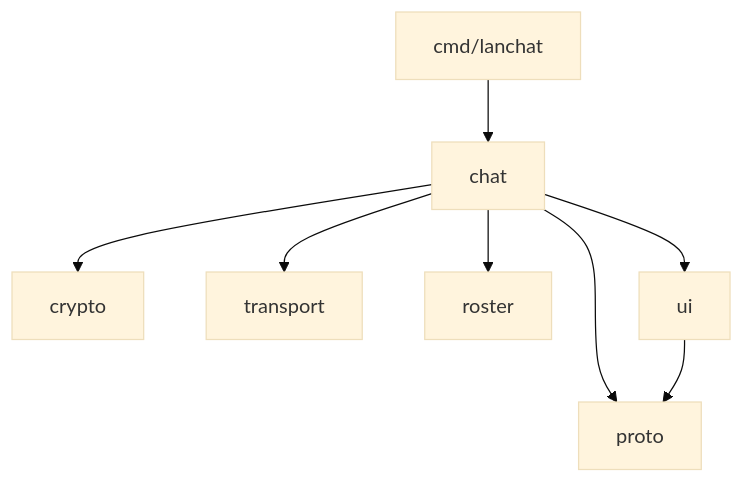
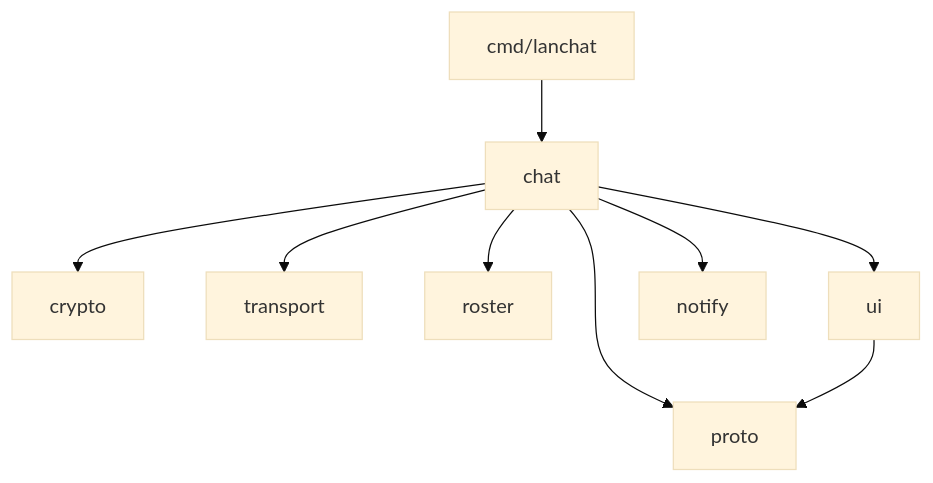
The diagram in docs/ARCHITECTURE.md (granthgg/sshhh-lanchat), drawn with Mermaid (base theme) before and after one commit. The commit also changed other lines of this file and 10 other files, not shown here.

````diff
--- a/docs/ARCHITECTURE.md
+++ b/docs/ARCHITECTURE.md
@@ -37,10 +39,11 @@
 ```mermaid
 graph TD
     main["cmd/lanchat"] --> chat
     chat --> crypto
     chat --> transport
     chat --> roster
     chat --> proto
     chat --> ui
+    chat --> notify
     ui --> proto
 ```
````
